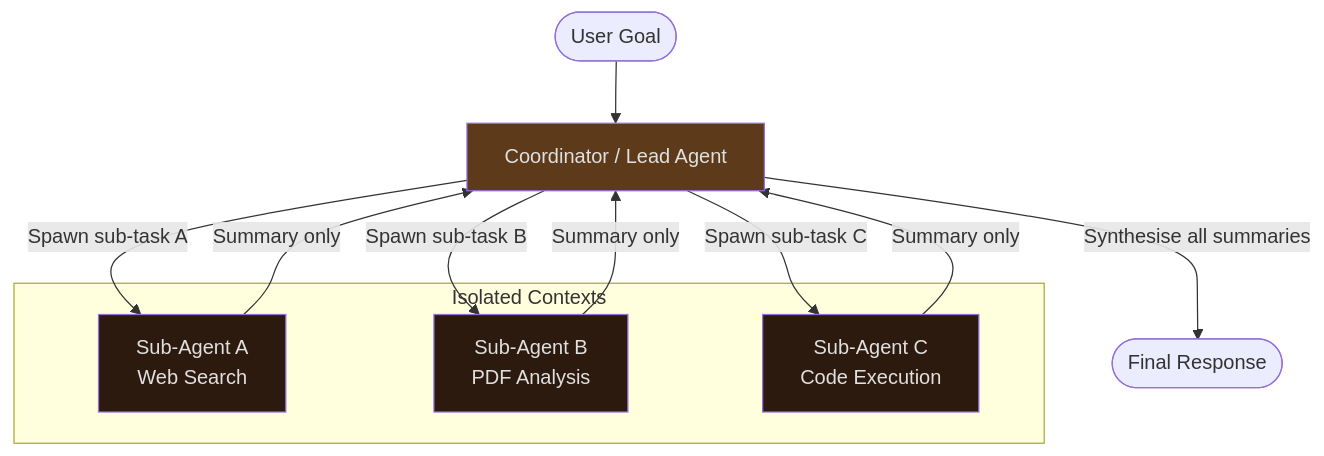
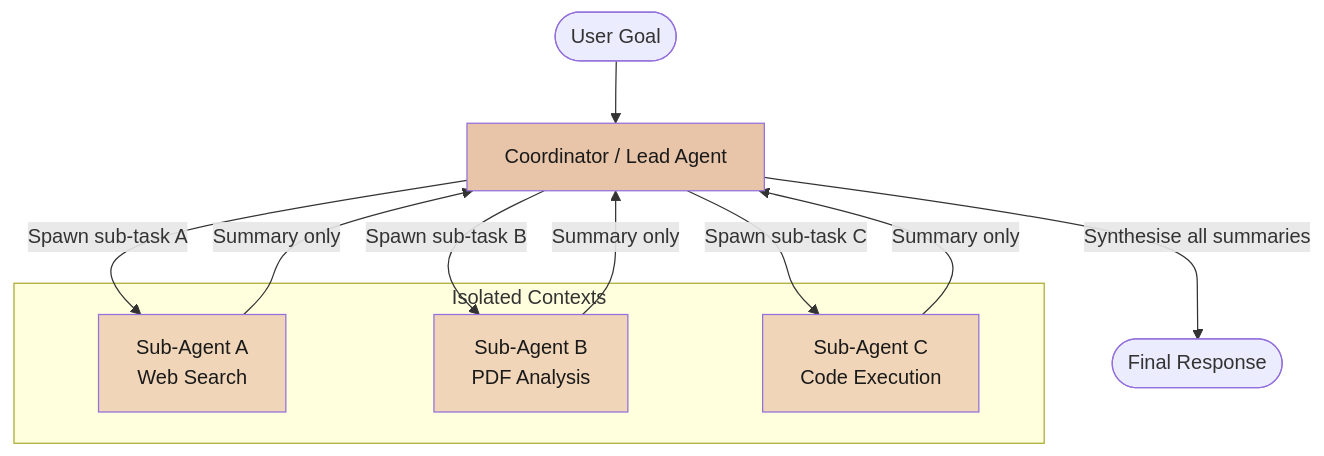
Before and after one commit to jylhakos/InternetOfThings: the fourth of 11 diagrams in Computing/AGENTS/README.md, drawn with Mermaid. The commit also changed other lines of this file, not shown here.

````diff
--- a/Computing/AGENTS/README.md
+++ b/Computing/AGENTS/README.md
@@ -384,22 +384,22 @@
 ```mermaid
 flowchart TD
     U([User Goal]) --> COORD[Coordinator / Lead Agent]
     COORD -->|Spawn sub-task A| SA1[Sub-Agent A\nWeb Search]
     COORD -->|Spawn sub-task B| SA2[Sub-Agent B\nPDF Analysis]
     COORD -->|Spawn sub-task C| SA3[Sub-Agent C\nCode Execution]
     SA1 -->|Summary only| COORD
     SA2 -->|Summary only| COORD
     SA3 -->|Summary only| COORD
     COORD -->|Synthesise all summaries| R([Final Response])
 
     subgraph Isolated Contexts
         SA1
         SA2
         SA3
     end
 
-    style COORD fill:#5c3a1a,color:#e0e0e0
-    style SA1 fill:#2d1a0e,color:#e0e0e0
-    style SA2 fill:#2d1a0e,color:#e0e0e0
-    style SA3 fill:#2d1a0e,color:#e0e0e0
+    style COORD fill:#e8c4a8,color:#1a1a1a
+    style SA1 fill:#f0d5b8,color:#1a1a1a
+    style SA2 fill:#f0d5b8,color:#1a1a1a
+    style SA3 fill:#f0d5b8,color:#1a1a1a
 ```
````
